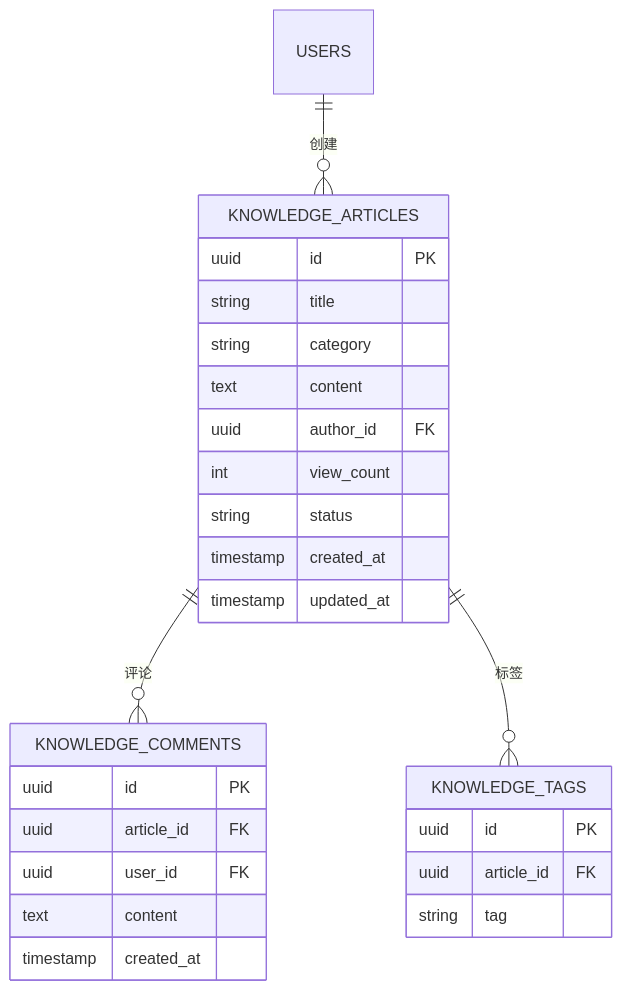
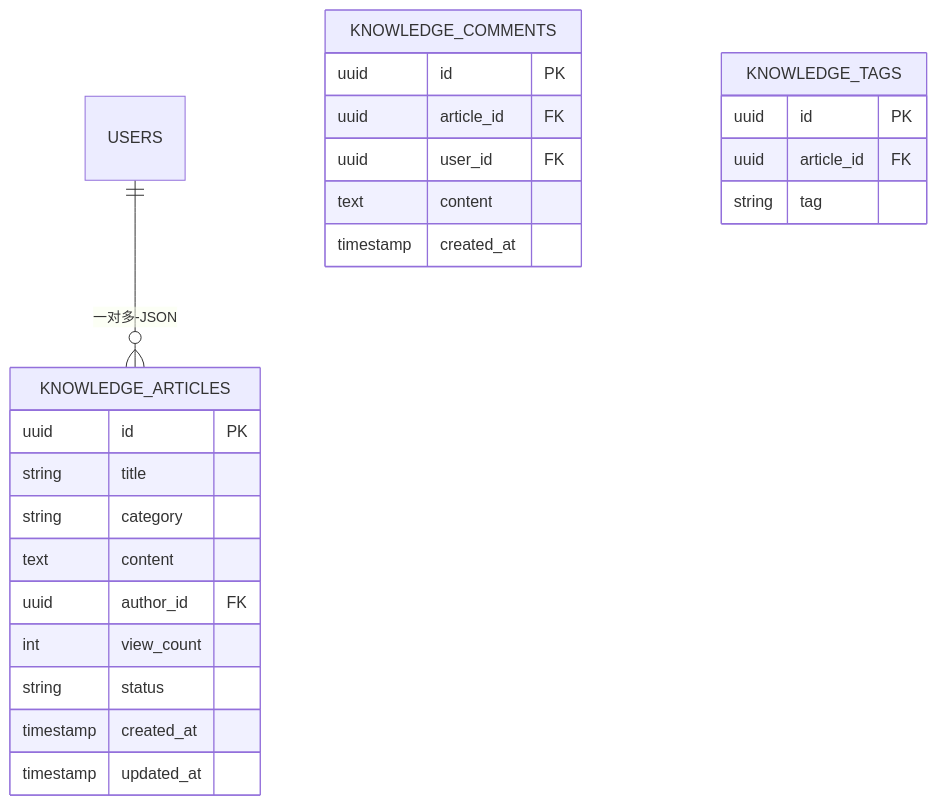
Before and after one commit to dayutech/Vuln-Audit-Lifecycle-Management: the sixth of 11 diagrams in docs/design/er_diagram.md, drawn with Mermaid. The commit also changed other lines of this file and 7 other files, not shown here.

````diff
--- a/docs/design/er_diagram.md
+++ b/docs/design/er_diagram.md
@@ -431,32 +432,30 @@
 ```mermaid
 erDiagram
-    USERS ||--o{ KNOWLEDGE_ARTICLES : "创建"
-    KNOWLEDGE_ARTICLES ||--o{ KNOWLEDGE_COMMENTS : "评论"
-    KNOWLEDGE_ARTICLES ||--o{ KNOWLEDGE_TAGS : "标签"
+    USERS ||--o{ KNOWLEDGE_ARTICLES : "一对多-JSON"
     
     KNOWLEDGE_ARTICLES {
         uuid id PK
         string title
         string category
         text content
         uuid author_id FK
         int view_count
         string status
         timestamp created_at
         timestamp updated_at
     }
     
     KNOWLEDGE_COMMENTS {
         uuid id PK
         uuid article_id FK
         uuid user_id FK
         text content
         timestamp created_at
     }
     
     KNOWLEDGE_TAGS {
         uuid id PK
         uuid article_id FK
         string tag
     }
 ```
````
